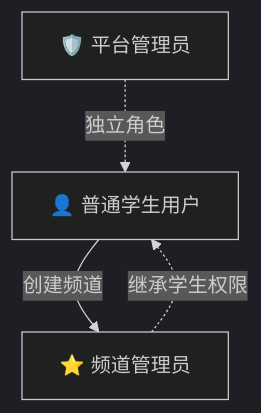
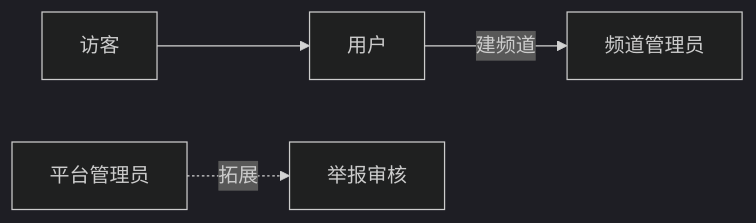
Before and after one commit to oliviawxx/whucircle: the second of 10 diagrams in WHU_Circle_需求建模文档.md, drawn with Mermaid (dark theme). The commit also changed other lines of this file and 16 other files, not shown here.

````diff
--- a/WHU_Circle_需求建模文档.md
+++ b/WHU_Circle_需求建模文档.md
@@ -71,6 +28,6 @@
 ```mermaid
-graph TD
-    U["👤 普通学生用户"] -->|创建频道| CA["⭐ 频道管理员"]
-    CA -.->|继承学生权限| U
-    SA["🛡️ 平台管理员"] -.->|独立角色| U
+flowchart LR
+    Guest["访客"] --> User["用户"]
+    User -->|建频道| CA["频道管理员"]
+    PA["平台管理员"] -.->|拓展| Review["举报审核"]
 ```
````
